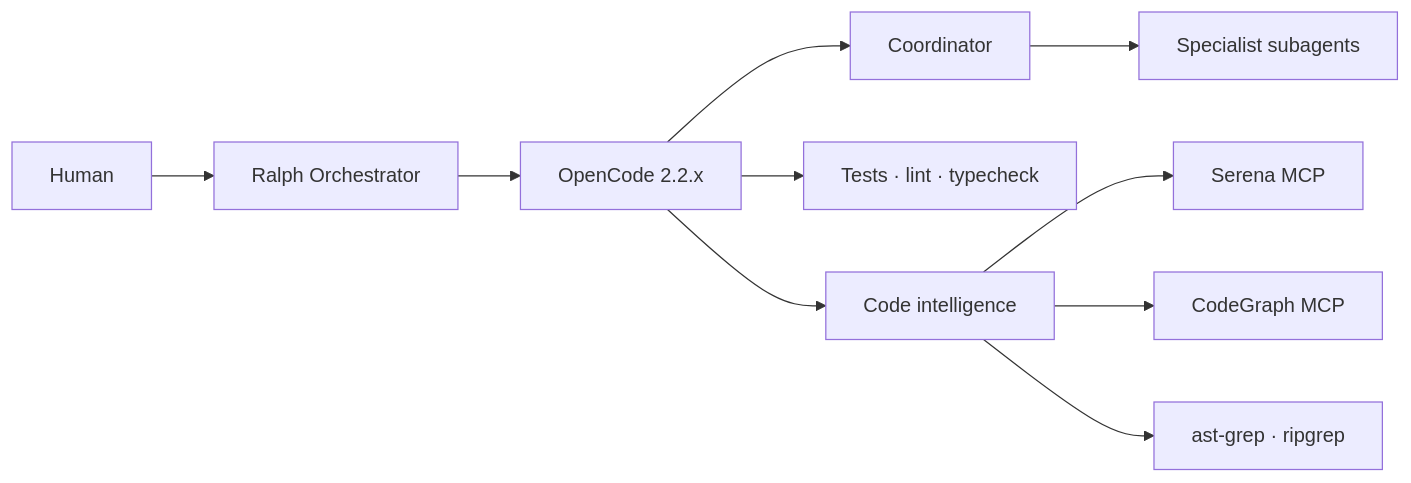
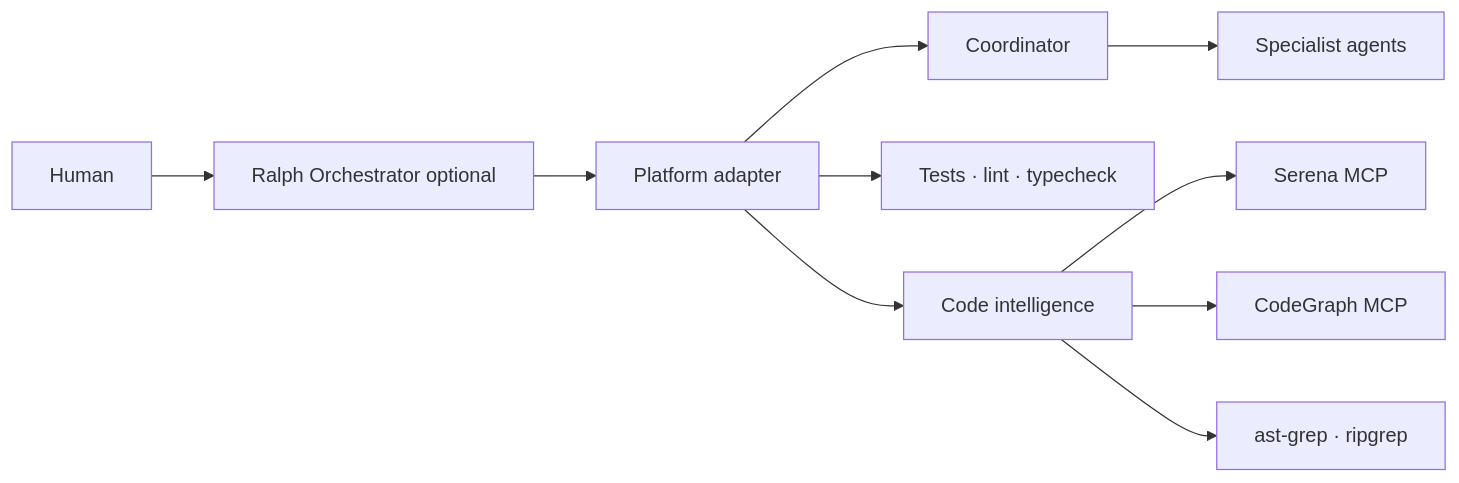
The diagram in README.md (GabrielAlmeidaFlores/OPENCODE-TOOL-ENHANCER), drawn with Mermaid before and after one commit. The commit also changed other lines of this file and 31 other files, not shown here.

Commit message:
docs: make OpenCode an optional adapter in the provider-neutral core

````diff
--- a/README.md
+++ b/README.md
@@ -111,12 +113,12 @@
 ```mermaid
 flowchart LR
-    H[Human] --> R[Ralph Orchestrator]
-    R --> O[OpenCode 2.2.x]
-    O --> C[Coordinator]
-    C --> S[Specialist subagents]
-    O --> T[Tests · lint · typecheck]
-    O --> I[Code intelligence]
+    H[Human] --> R[Ralph Orchestrator optional]
+    R --> P[Platform adapter]
+    P --> C[Coordinator]
+    C --> S[Specialist agents]
+    P --> T[Tests · lint · typecheck]
+    P --> I[Code intelligence]
     I --> SR[Serena MCP]
     I --> CG[CodeGraph MCP]
     I --> AG[ast-grep · ripgrep]
 ```
````
